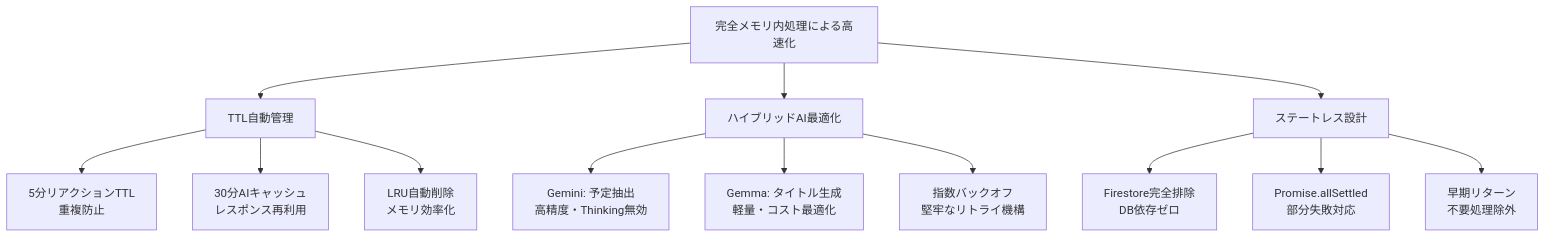
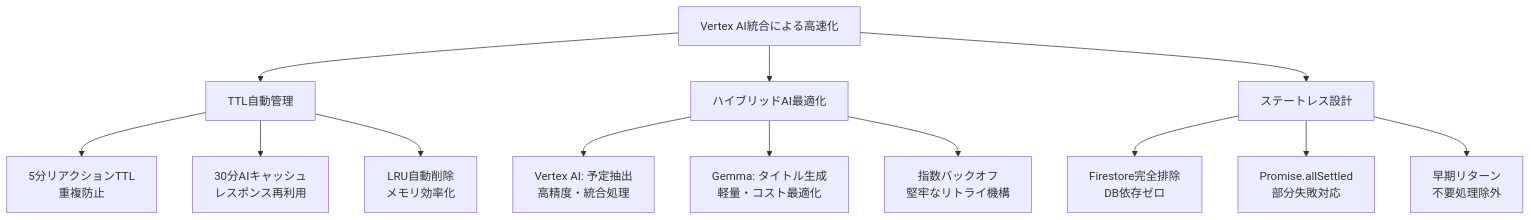
The third of 4 diagrams in README.md (matsuvr/calendar-slack-bot), drawn with Mermaid before and after one commit. The commit also changed other lines of this file and 6 other files, not shown here.

````diff
--- a/README.md
+++ b/README.md
@@ -148,18 +159,18 @@
 ```mermaid
 flowchart TD
-    A[完全メモリ内処理による高速化] --> B[TTL自動管理]
+    A[Vertex AI統合による高速化] --> B[TTL自動管理]
     A --> C[ハイブリッドAI最適化]
     A --> D[ステートレス設計]
     
     B --> B1[5分リアクションTTL<br/>重複防止]
     B --> B2[30分AIキャッシュ<br/>レスポンス再利用]
     B --> B3[LRU自動削除<br/>メモリ効率化]
     
-    C --> C1[Gemini: 予定抽出<br/>高精度・Thinking無効]
+    C --> C1[Vertex AI: 予定抽出<br/>高精度・統合処理]
     C --> C2[Gemma: タイトル生成<br/>軽量・コスト最適化]
     C --> C3[指数バックオフ<br/>堅牢なリトライ機構]
     
     D --> D1[Firestore完全排除<br/>DB依存ゼロ]
     D --> D2[Promise.allSettled<br/>部分失敗対応]
     D --> D3[早期リターン<br/>不要処理除外]
 ```
````
